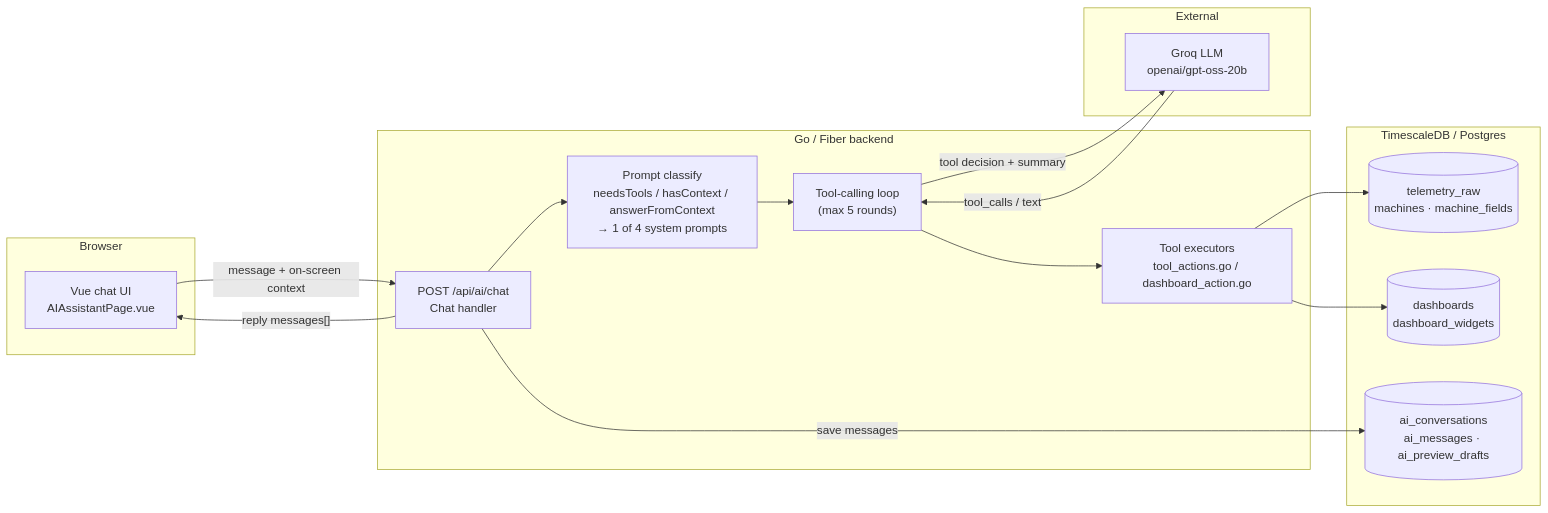
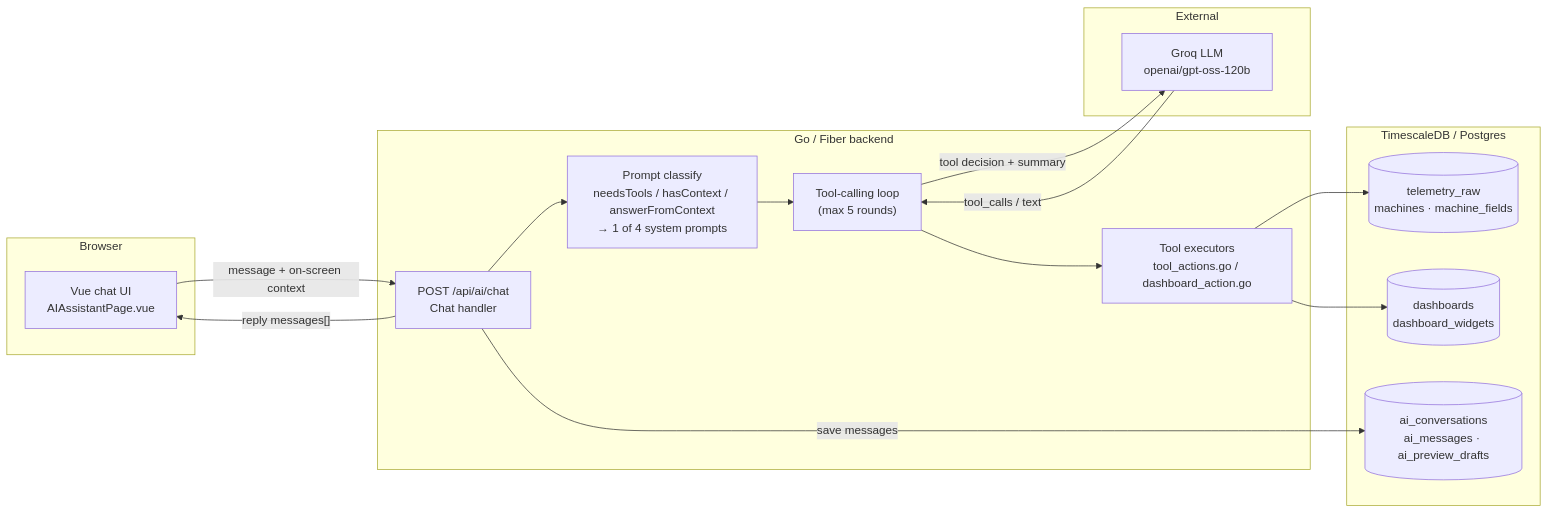
One commit to pepegummo/Project-Dashboard changed the first of 6 diagrams in docs/AI_ARCHITECTURE.md. Above: the diagram before and after it, drawn with Mermaid. The commit also changed other lines of this file and 8 other files, not shown here.

````diff
--- a/docs/AI_ARCHITECTURE.md
+++ b/docs/AI_ARCHITECTURE.md
@@ -76,33 +76,33 @@
 ```mermaid
 flowchart LR
     subgraph Browser
         UI["Vue chat UI<br/>AIAssistantPage.vue"]
     end
 
     subgraph Backend["Go / Fiber backend"]
         CHAT["POST /api/ai/chat<br/>Chat handler"]
         CLASS["Prompt classify<br/>needsTools / hasContext / answerFromContext<br/>→ 1 of 4 system prompts"]
         LOOP["Tool-calling loop<br/>(max 5 rounds)"]
         TOOLS["Tool executors<br/>tool_actions.go / dashboard_action.go"]
     end
 
     subgraph External
-        GROQ["Groq LLM<br/>openai/gpt-oss-20b"]
+        GROQ["Groq LLM<br/>openai/gpt-oss-120b"]
     end
 
     subgraph Data["TimescaleDB / Postgres"]
         TEL[("telemetry_raw<br/>machines · machine_fields")]
         DASH[("dashboards<br/>dashboard_widgets")]
         HIST[("ai_conversations<br/>ai_messages · ai_preview_drafts")]
     end
 
     UI -- "message + on-screen context" --> CHAT
     CHAT --> CLASS --> LOOP
     LOOP -- "tool decision + summary" --> GROQ
     GROQ -- "tool_calls / text" --> LOOP
     LOOP --> TOOLS
     TOOLS --> TEL
     TOOLS --> DASH
     CHAT -- "save messages" --> HIST
     CHAT -- "reply messages[]" --> UI
 ```
````
